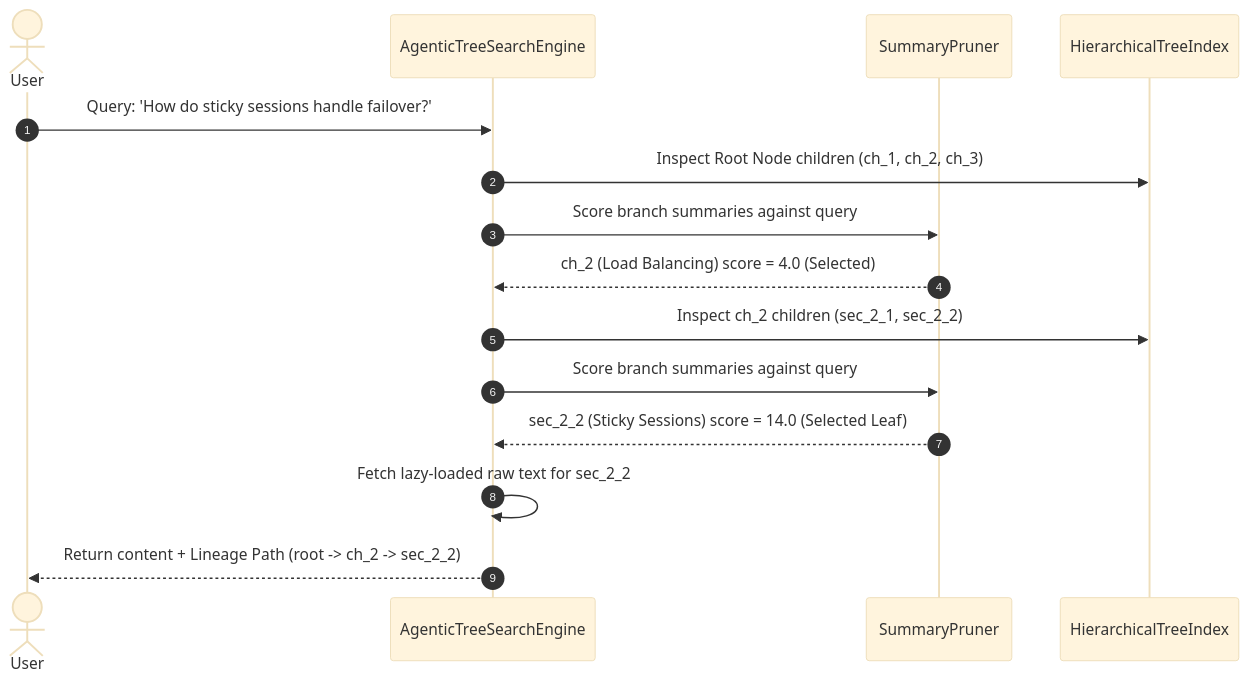
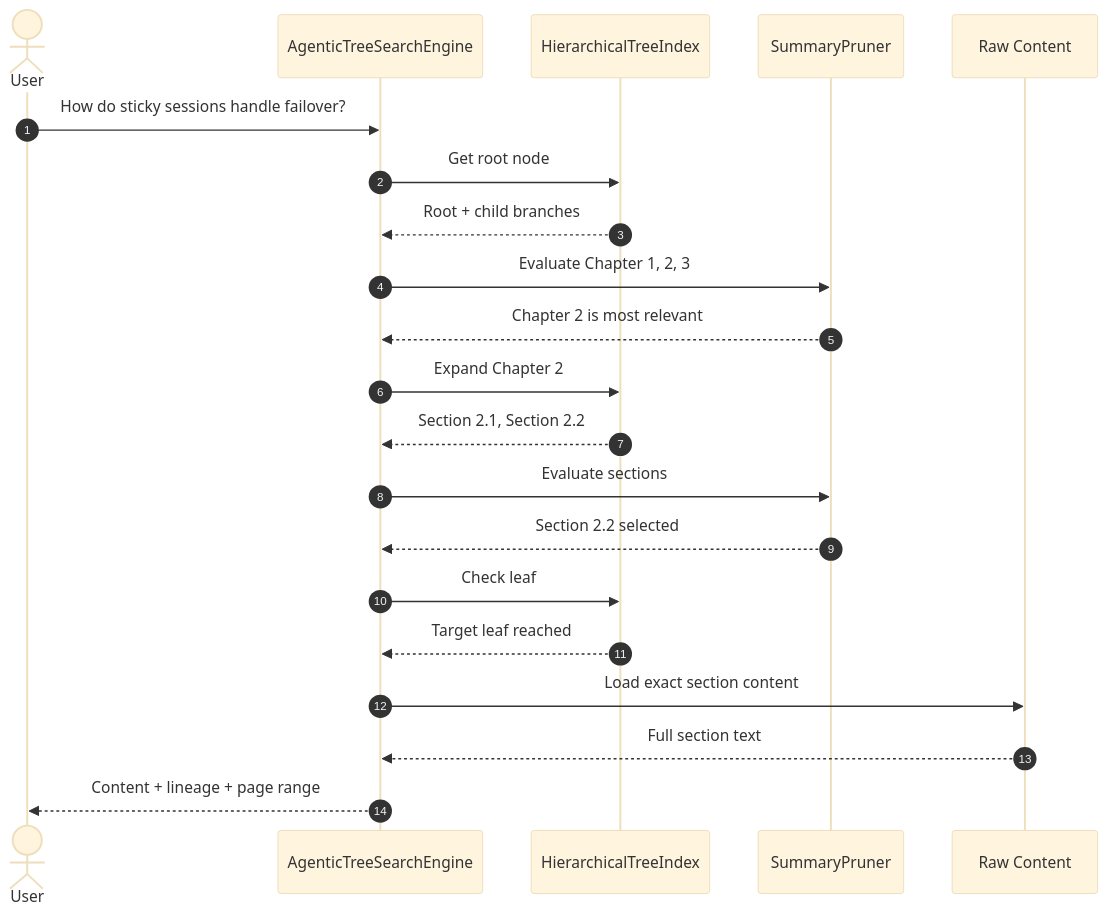
Before and after one commit to Amie-dev/Gen-AI-Cohort-2026: the second of 3 diagrams in week03/learning/day06/code/vectorless-rag-01/implementation.md, drawn with Mermaid (base theme). The commit also changed other lines of this file and 4 other files, not shown here.

````diff
--- a/week03/learning/day06/code/vectorless-rag-01/implementation.md
+++ b/week03/learning/day06/code/vectorless-rag-01/implementation.md
@@ -149,20 +953,40 @@
 ```mermaid
 sequenceDiagram
+
     autonumber
+
     actor User
-    participant SearchEngine as AgenticTreeSearchEngine
+
+    participant Engine as AgenticTreeSearchEngine
+    participant Tree as HierarchicalTreeIndex
     participant Pruner as SummaryPruner
-    participant TreeStore as HierarchicalTreeIndex
+    participant Raw as Raw Content
 
-    User->>SearchEngine: Query: 'How do sticky sessions handle failover?'
-    SearchEngine->>TreeStore: Inspect Root Node children (ch_1, ch_2, ch_3)
-    SearchEngine->>Pruner: Score branch summaries against query
-    Pruner-->>SearchEngine: ch_2 (Load Balancing) score = 4.0 (Selected)
-    
-    SearchEngine->>TreeStore: Inspect ch_2 children (sec_2_1, sec_2_2)
-    SearchEngine->>Pruner: Score branch summaries against query
-    Pruner-->>SearchEngine: sec_2_2 (Sticky Sessions) score = 14.0 (Selected Leaf)
+    User->>Engine: How do sticky sessions handle failover?
 
-    SearchEngine->>SearchEngine: Fetch lazy-loaded raw text for sec_2_2
-    SearchEngine-->>User: Return content + Lineage Path (root -> ch_2 -> sec_2_2)
+    Engine->>Tree: Get root node
+
+    Tree-->>Engine: Root + child branches
+
+    Engine->>Pruner: Evaluate Chapter 1, 2, 3
+
+    Pruner-->>Engine: Chapter 2 is most relevant
+
+    Engine->>Tree: Expand Chapter 2
+
+    Tree-->>Engine: Section 2.1, Section 2.2
+
+    Engine->>Pruner: Evaluate sections
+
+    Pruner-->>Engine: Section 2.2 selected
+
+    Engine->>Tree: Check leaf
+
+    Tree-->>Engine: Target leaf reached
+
+    Engine->>Raw: Load exact section content
+
+    Raw-->>Engine: Full section text
+
+    Engine-->>User: Content + lineage + page range
 ```
````
